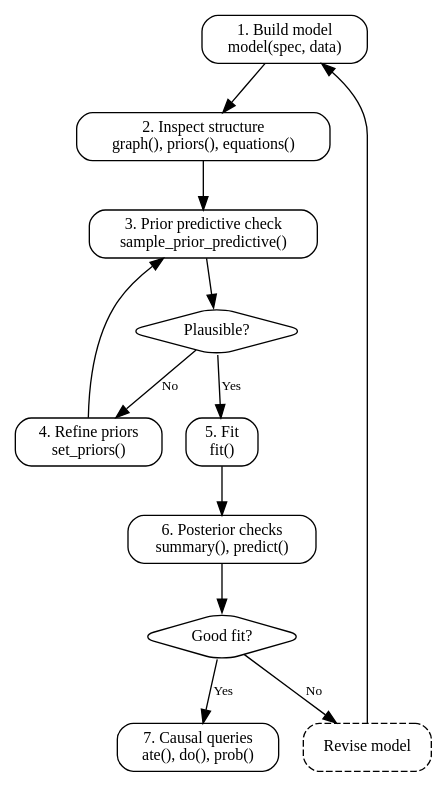
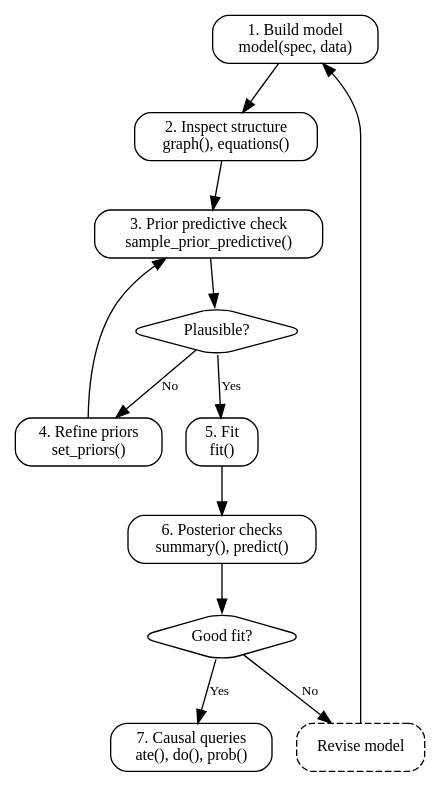
The diagram in docs/concepts/bayesian_workflow.qmd (pymc-labs/pathmc), drawn with Graphviz before and after one commit. The commit also changed other lines of this file and 22 other files, not shown here.

First line of the commit message:
Unify equations display: equations() shows both structural equations and priors

````diff
--- a/docs/concepts/bayesian_workflow.qmd
+++ b/docs/concepts/bayesian_workflow.qmd
@@ -10,33 +10,33 @@
 ```{dot}
 //| label: fig-workflow
 //| fig-cap: "The Bayesian workflow in pathmc. The inner loop (prior predictive checks) is fast and iterative. The outer loop (model revision) involves rethinking causal structure."
 //| fig-width: 5.5
 digraph {
   rankdir=TB
   node [shape=box, style=rounded, fontsize=12]
   edge [fontsize=10]
 
   specify [label="1. Build model\nmodel(spec, data)"]
-  inspect [label="2. Inspect structure\ngraph(), priors(), equations()"]
+  inspect [label="2. Inspect structure\ngraph(), equations()"]
   ppc [label="3. Prior predictive check\nsample_prior_predictive()"]
   plausible [label="Plausible?", shape=diamond]
   refine [label="4. Refine priors\nset_priors()"]
   sample [label="5. Fit\nfit()"]
   check [label="6. Posterior checks\nsummary(), predict()"]
   goodfit [label="Good fit?", shape=diamond]
   revise [label="Revise model", style="rounded,dashed"]
   causal [label="7. Causal queries\nate(), do(), prob()"]
 
   specify -> inspect
   inspect -> ppc
   ppc -> plausible
   plausible -> refine [label="No"]
   refine -> ppc
   plausible -> sample [label="Yes"]
   sample -> check
   check -> goodfit
   goodfit -> revise [label="No"]
   revise -> specify
   goodfit -> causal [label="Yes"]
 }
 ```
````
